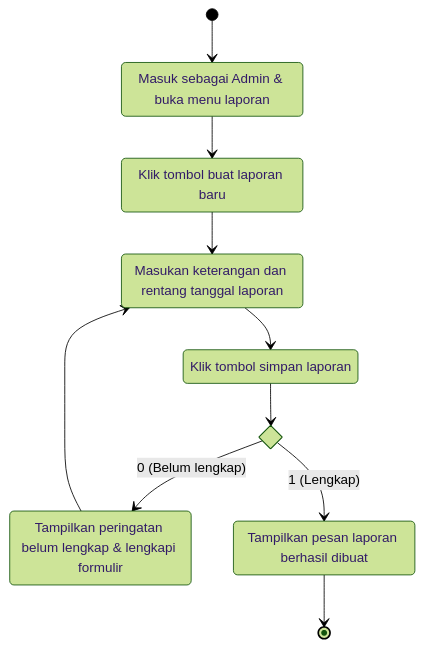
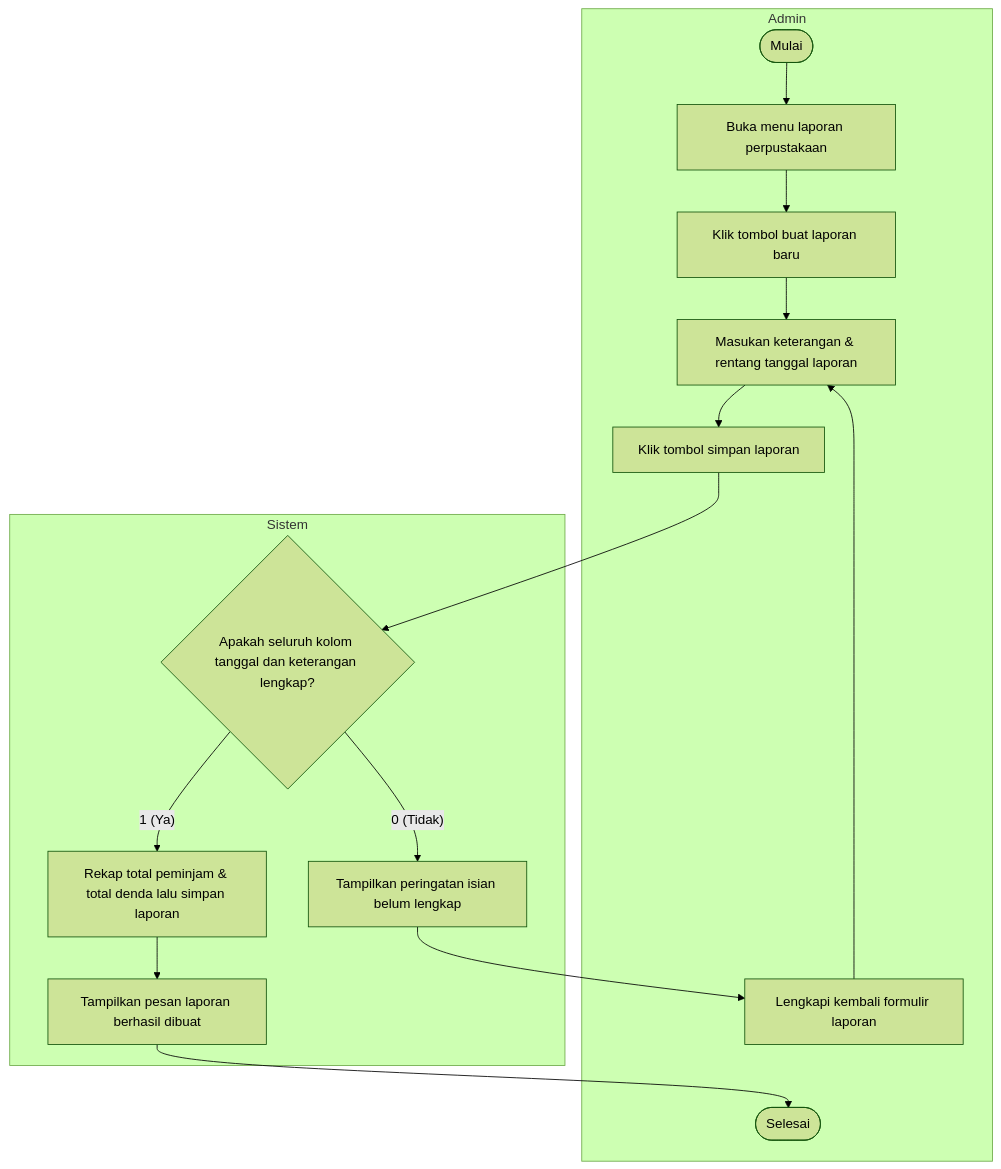
The diagram in docs/uml/src/diagrams/list-diagrams/activity-createlaporan.mmd (dimstyle/ruang-baca), drawn with Mermaid (forest theme) before and after one commit. The commit also changed 24 other files, not shown here.

Commit message:
docs(uml): add User, Admin, and Sistem swimlanes to activity diagrams

```diff
--- a/docs/uml/src/diagrams/list-diagrams/activity-createlaporan.mmd
+++ b/docs/uml/src/diagrams/list-diagrams/activity-createlaporan.mmd
@@ -1,18 +1,18 @@
-stateDiagram-v2
-    state "Masuk sebagai Admin & buka menu laporan" as s1
-    state "Klik tombol buat laporan baru" as s2
-    state "Masukan keterangan dan rentang tanggal laporan" as s3
-    state "Klik tombol simpan laporan" as s4
-    state checkComplete <<choice>>
-    state "Tampilkan peringatan belum lengkap & lengkapi formulir" as fix
-    state "Tampilkan pesan laporan berhasil dibuat" as ok
+flowchart TD
+    subgraph Admin["Admin"]
+        start(["Mulai"]) --> openMenu["Buka menu laporan perpustakaan"]
+        openMenu --> clickNew["Klik tombol buat laporan baru"]
+        clickNew --> inputForm["Masukan keterangan & rentang tanggal laporan"]
+        inputForm --> clickSave["Klik tombol simpan laporan"]
+        fixForm["Lengkapi kembali formulir laporan"] --> inputForm
+        finish(["Selesai"])
+    end
 
-    [*] --> s1
-    s1 --> s2
-    s2 --> s3
-    s3 --> s4
-    s4 --> checkComplete
-    checkComplete --> fix : 0 (Belum lengkap)
-    fix --> s3
-    checkComplete --> ok : 1 (Lengkap)
-    ok --> [*]
+    subgraph Sistem["Sistem"]
+        clickSave --> checkComplete{"Apakah seluruh kolom tanggal dan keterangan lengkap?"}
+        checkComplete -->|"0 (Tidak)"| warnIncomplete["Tampilkan peringatan isian belum lengkap"]
+        warnIncomplete --> fixForm
+        checkComplete -->|"1 (Ya)"| calcSave["Rekap total peminjam & total denda lalu simpan laporan"]
+        calcSave --> created["Tampilkan pesan laporan berhasil dibuat"]
+        created --> finish
+    end
```
